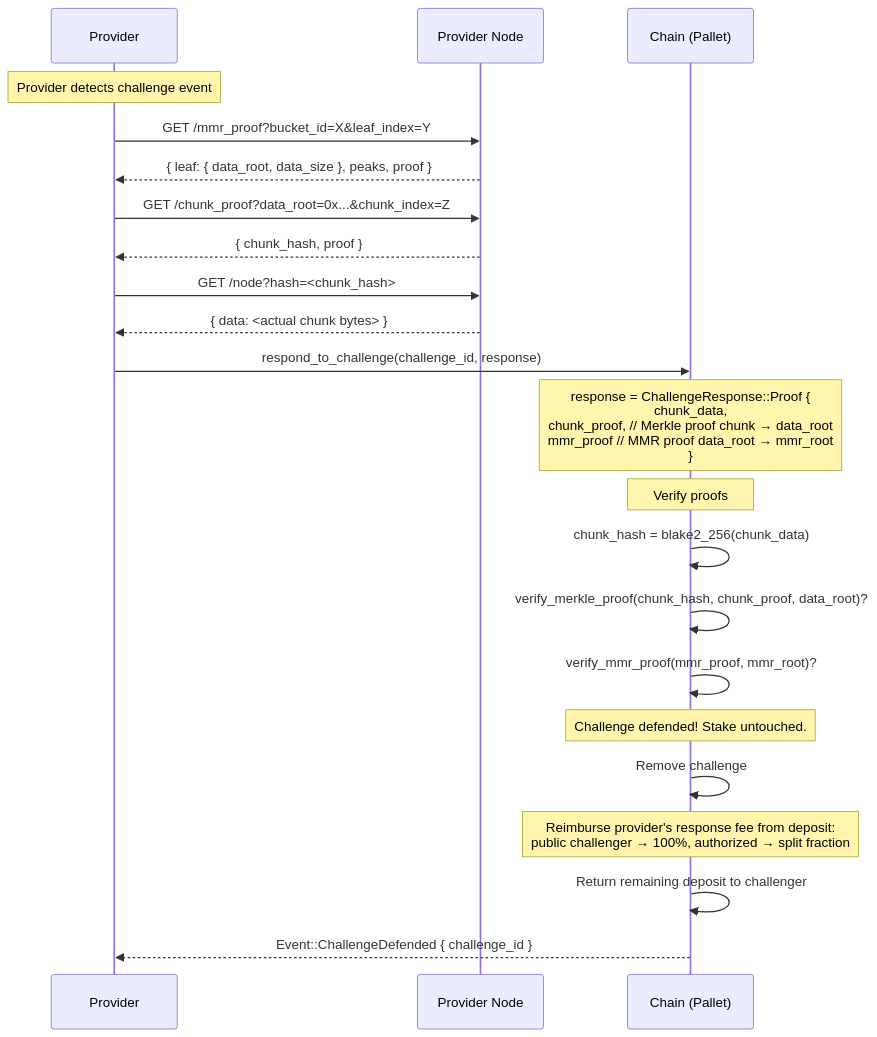
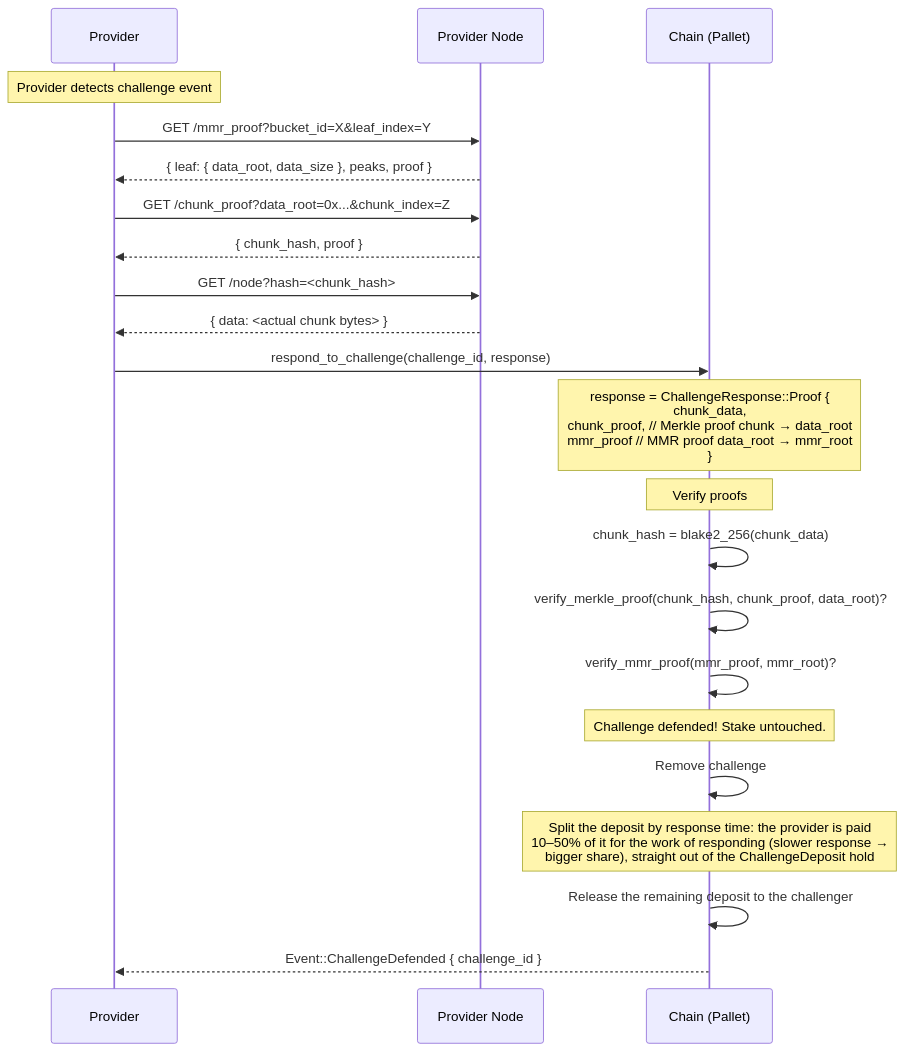
Before and after one commit to paritytech/web3-storage: the eighth of 11 diagrams in docs/reference/EXECUTION_FLOWS.md, drawn with Mermaid. The commit also changed other lines of this file and 1 other file, not shown here.

First line of the commit message:
docs(reference): realign extrinsics/flows docs with the signed-terms API

````diff
--- a/docs/reference/EXECUTION_FLOWS.md
+++ b/docs/reference/EXECUTION_FLOWS.md
@@ -471,33 +434,33 @@
 ```mermaid
 sequenceDiagram
     participant P as Provider
     participant PN as Provider Node
     participant C as Chain (Pallet)
 
     Note over P: Provider detects challenge event
 
     P->>PN: GET /mmr_proof?bucket_id=X&leaf_index=Y
     PN-->>P: { leaf: { data_root, data_size }, peaks, proof }
 
     P->>PN: GET /chunk_proof?data_root=0x...&chunk_index=Z
     PN-->>P: { chunk_hash, proof }
 
     P->>PN: GET /node?hash=<chunk_hash>
     PN-->>P: { data: <actual chunk bytes> }
 
     P->>C: respond_to_challenge(challenge_id, response)
 
     Note over C: response = ChallengeResponse::Proof {<br/> chunk_data,<br/> chunk_proof, // Merkle proof chunk → data_root<br/> mmr_proof // MMR proof data_root → mmr_root<br/>}
 
     Note over C: Verify proofs
     C->>C: chunk_hash = blake2_256(chunk_data)
     C->>C: verify_merkle_proof(chunk_hash, chunk_proof, data_root)?
     C->>C: verify_mmr_proof(mmr_proof, mmr_root)?
 
     Note over C: Challenge defended! Stake untouched.
     C->>C: Remove challenge
-    Note over C: Reimburse provider's response fee from deposit:<br/>public challenger → 100%, authorized → split fraction
-    C->>C: Return remaining deposit to challenger
+    Note over C: Split the deposit by response time: the provider is paid<br/>10–50% of it for the work of responding (slower response →<br/>bigger share), straight out of the ChallengeDeposit hold
+    C->>C: Release the remaining deposit to the challenger
 
     C-->>P: Event::ChallengeDefended { challenge_id }
 ```
````
